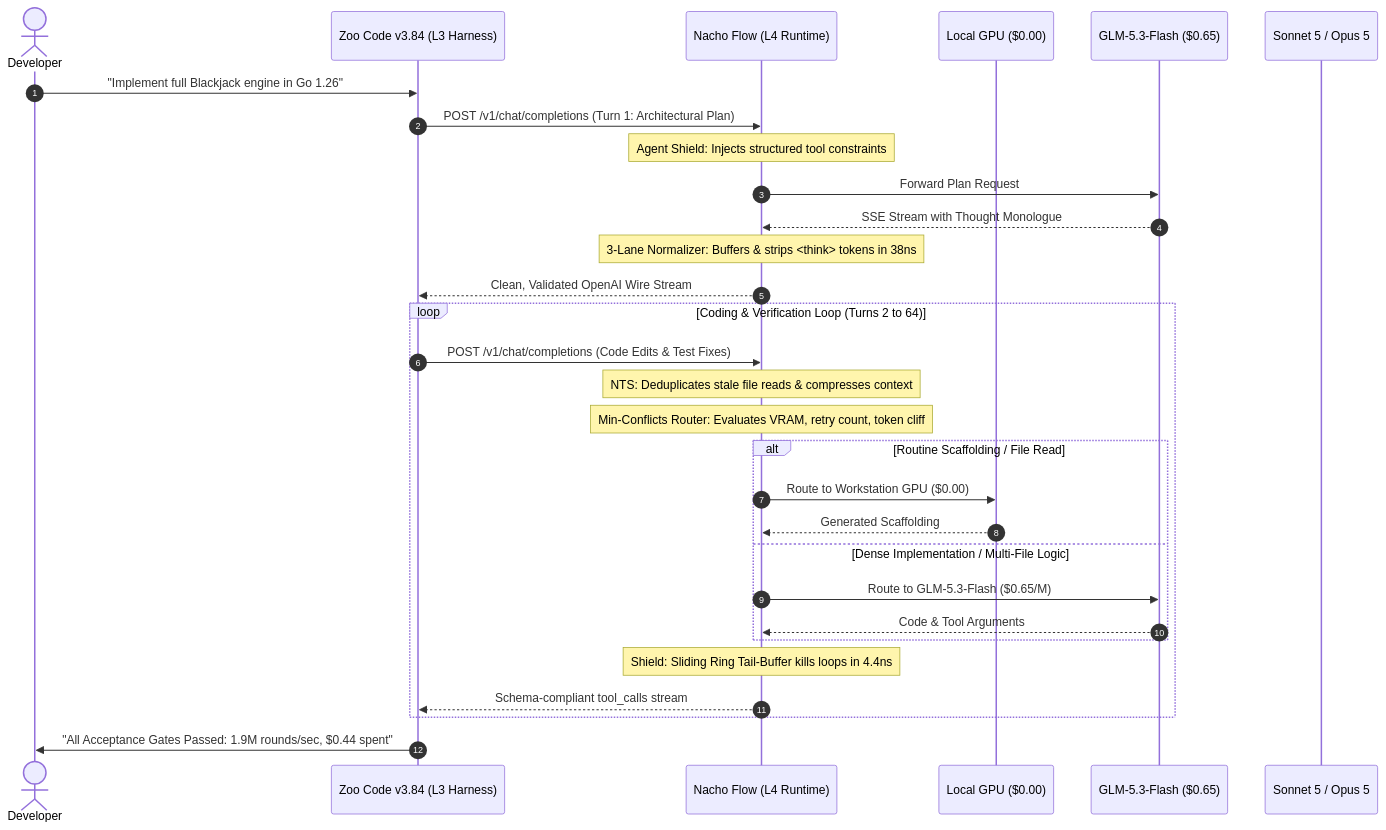
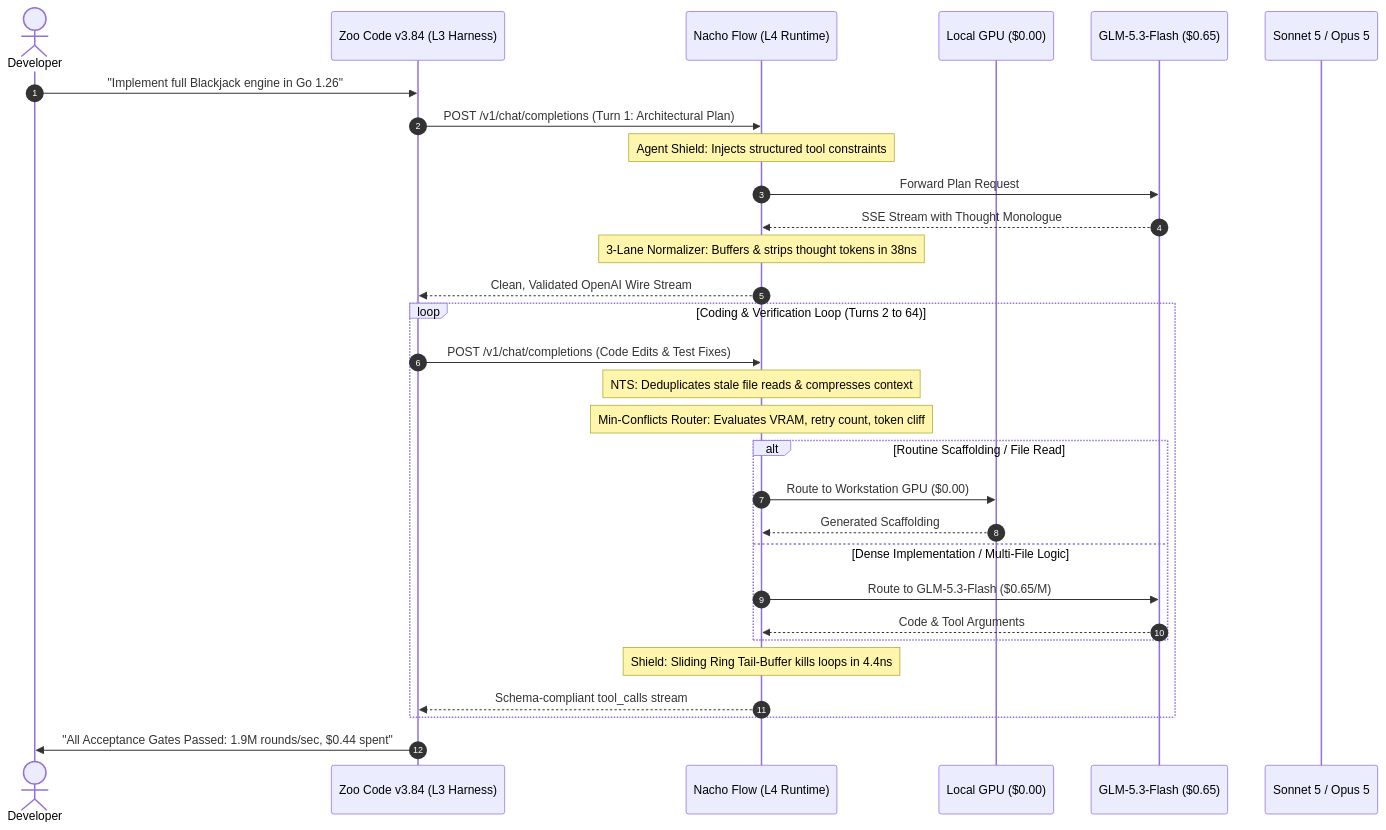
Before and after one commit to dixieflatline76/nacho-flow: the second of 2 diagrams in docs/THE_AUTONOMOUS_AGENT_RUNTIME_WHITEPAPER.md, drawn with Mermaid. The commit also changed other lines of this file and 4 other files, not shown here.

````diff
--- a/docs/THE_AUTONOMOUS_AGENT_RUNTIME_WHITEPAPER.md
+++ b/docs/THE_AUTONOMOUS_AGENT_RUNTIME_WHITEPAPER.md
@@ -136,35 +136,35 @@
 ```mermaid
 sequenceDiagram
     autonumber
     actor Dev as Developer
     participant Agent as Zoo Code v3.84 (L3 Harness)
     participant Nacho as Nacho Flow (L4 Runtime)
     participant Local as Local GPU ($0.00)
     participant Budget as GLM-5.3-Flash ($0.65)
     participant Frontier as Sonnet 5 / Opus 5
 
     Dev->>Agent: "Implement full Blackjack engine in Go 1.26"
     Agent->>Nacho: POST /v1/chat/completions (Turn 1: Architectural Plan)
     Note over Nacho: Agent Shield: Injects structured tool constraints
     Nacho->>Budget: Forward Plan Request
     Budget-->>Nacho: SSE Stream with Thought Monologue
-    Note over Nacho: 3-Lane Normalizer: Buffers & strips <think> tokens in 38ns
+    Note over Nacho: 3-Lane Normalizer: Buffers & strips thought tokens in 38ns
     Nacho-->>Agent: Clean, Validated OpenAI Wire Stream
     
     loop Coding & Verification Loop (Turns 2 to 64)
         Agent->>Nacho: POST /v1/chat/completions (Code Edits & Test Fixes)
         Note over Nacho: NTS: Deduplicates stale file reads & compresses context
         Note over Nacho: Min-Conflicts Router: Evaluates VRAM, retry count, token cliff
         alt Routine Scaffolding / File Read
             Nacho->>Local: Route to Workstation GPU ($0.00)
             Local-->>Nacho: Generated Scaffolding
         else Dense Implementation / Multi-File Logic
             Nacho->>Budget: Route to GLM-5.3-Flash ($0.65/M)
             Budget-->>Nacho: Code & Tool Arguments
         end
         Note over Nacho: Shield: Sliding Ring Tail-Buffer kills loops in 4.4ns
         Nacho-->>Agent: Schema-compliant tool_calls stream
     end
 
     Agent->>Dev: "All Acceptance Gates Passed: 1.9M rounds/sec, $0.44 spent"
 ```
````
